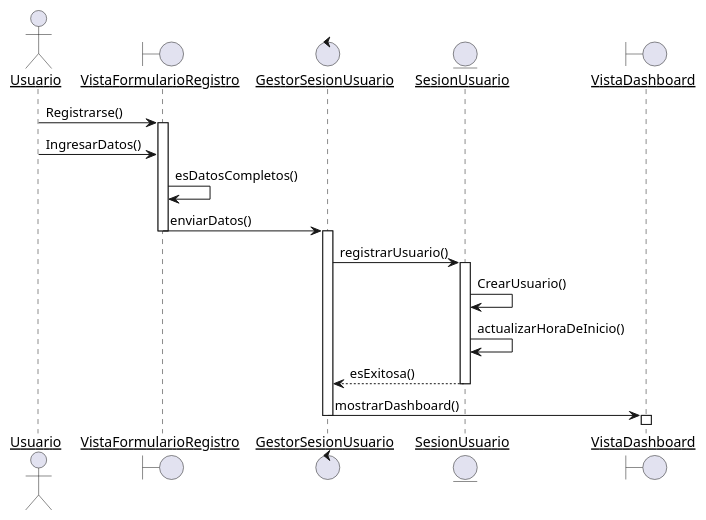
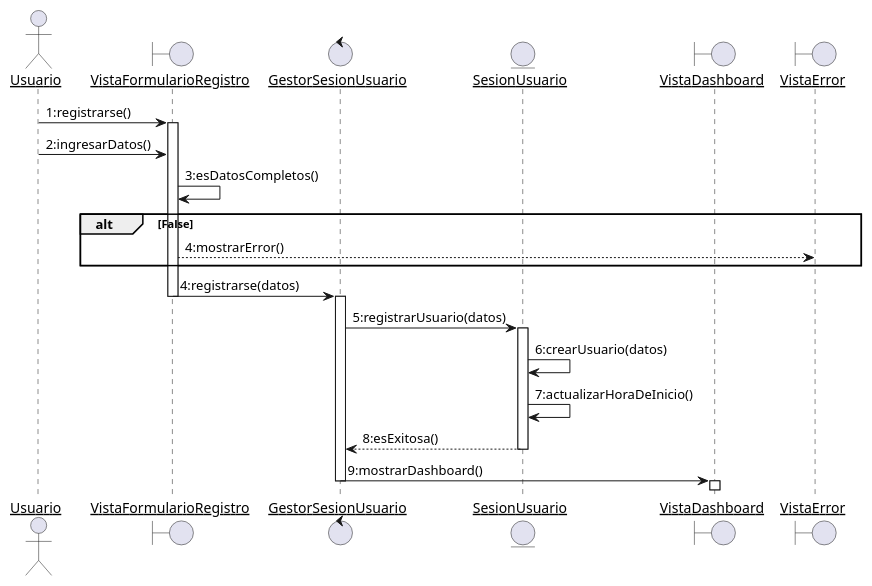
The diagram in docs/scenariosView/DisciplinaDeDisenio/DiagramaDeSecuenciaRegistrarse.plantUML (Samantha-Ramirez/ProyectoEquipo7ING), drawn with PlantUML before and after one commit. The commit also changed 9 other files, not shown here.

Commit message:
Diagramas de secuencia Disciplina de disenio

```diff
--- a/docs/scenariosView/DisciplinaDeDisenio/DiagramaDeSecuenciaRegistrarse.plantUML
+++ b/docs/scenariosView/DisciplinaDeDisenio/DiagramaDeSecuenciaRegistrarse.plantUML
@@ -1,30 +1,34 @@
 @startuml DiagramaDeSecuenciaRegistrarse
 skinparam sequenceParticipant underline
 
-actor Usuario as user
+actor Usuario
 boundary VistaFormularioRegistro
 control GestorSesionUsuario
 entity SesionUsuario
 boundary VistaDashboard
+boundary VistaError
 
 
-user -> VistaFormularioRegistro : Registrarse()
+Usuario -> VistaFormularioRegistro : 1:registrarse()
 activate VistaFormularioRegistro
-user -> VistaFormularioRegistro : IngresarDatos()
-VistaFormularioRegistro -> VistaFormularioRegistro : esDatosCompletos()
-VistaFormularioRegistro -> GestorSesionUsuario : enviarDatos()
+Usuario -> VistaFormularioRegistro : 2:ingresarDatos()
+VistaFormularioRegistro -> VistaFormularioRegistro : 3:esDatosCompletos()
+alt False
+VistaFormularioRegistro --> VistaError: 4:mostrarError()
+end
+VistaFormularioRegistro -> GestorSesionUsuario : 4:registrarse(datos)
 deactivate VistaFormularioRegistro
 activate GestorSesionUsuario
-GestorSesionUsuario -> SesionUsuario : registrarUsuario()
+GestorSesionUsuario -> SesionUsuario : 5:registrarUsuario(datos)
 activate SesionUsuario
-SesionUsuario -> SesionUsuario : CrearUsuario()
-SesionUsuario -> SesionUsuario :  actualizarHoraDeInicio()
-SesionUsuario --> GestorSesionUsuario : esExitosa()
+SesionUsuario -> SesionUsuario : 6:crearUsuario(datos)
+SesionUsuario -> SesionUsuario : 7:actualizarHoraDeInicio()
+SesionUsuario --> GestorSesionUsuario : 8:esExitosa()
 deactivate SesionUsuario
-GestorSesionUsuario -> VistaDashboard : mostrarDashboard()
+GestorSesionUsuario -> VistaDashboard : 9:mostrarDashboard()
 deactivate GestorSesionUsuario
 activate VistaDashboard
 deactivate VistaDashboard
 
 
 @enduml
```
